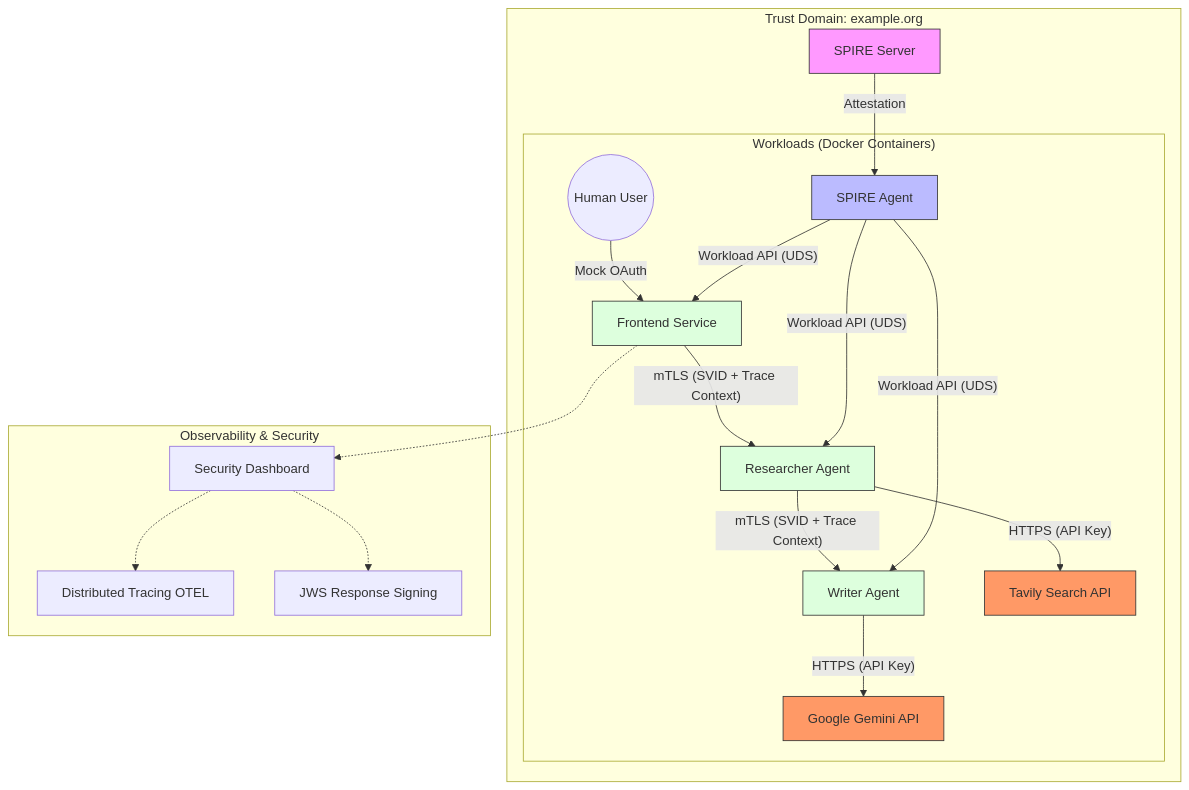
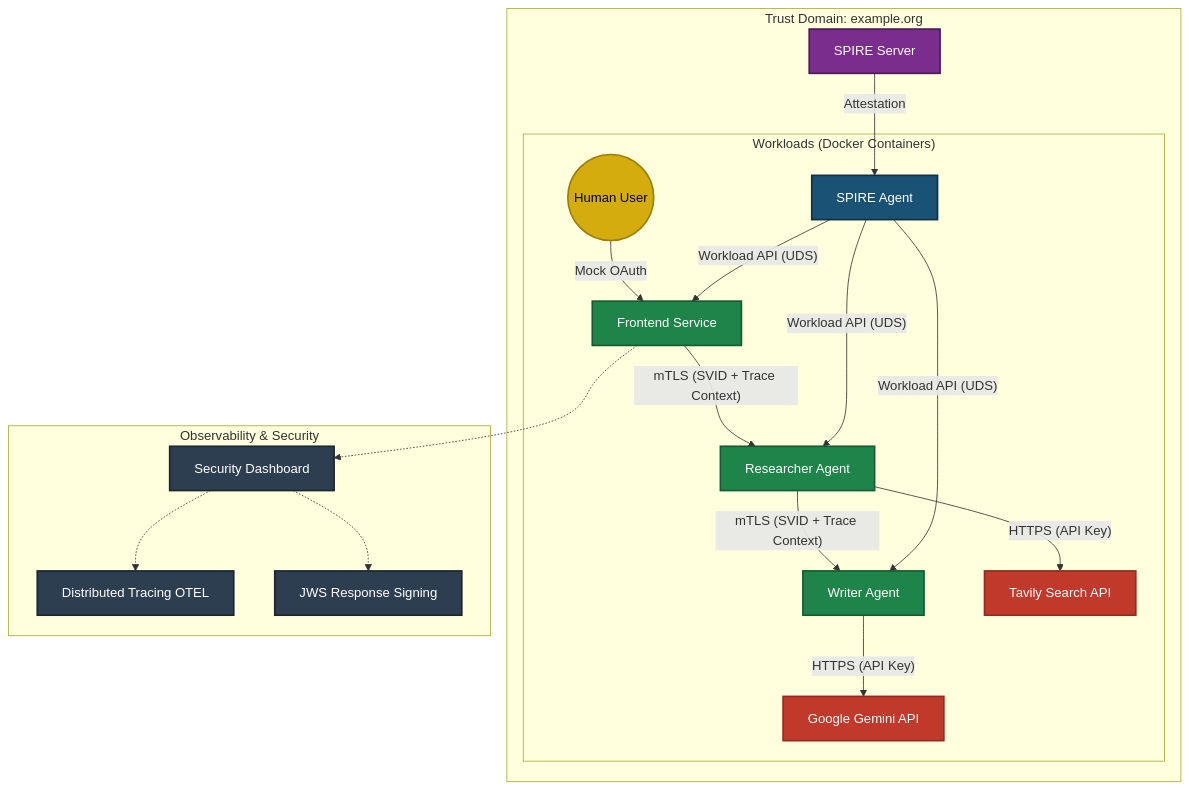
Before and after one commit to jay-chetty-ai/zero-trust-agent-mesh: the diagram in SYSTEM.md, drawn with Mermaid.

Commit message:
Update SYSTEM.md
The architecture diagram is now more readable.

````diff
--- a/SYSTEM.md
+++ b/SYSTEM.md
@@ -10,34 +10,38 @@
 ```mermaid
 graph TD
     subgraph "Trust Domain: example.org"
         SS[SPIRE Server] -- Attestation --> SA[SPIRE Agent]
         
         subgraph "Workloads (Docker Containers)"
             User((Human User)) -- Mock OAuth --> UI[Frontend Service]
             
             UI -- mTLS (SVID + Trace Context) --> RA[Researcher Agent]
             RA -- mTLS (SVID + Trace Context) --> WA[Writer Agent]
             
             WA -- HTTPS (API Key) --> Gemini[Google Gemini API]
             RA -- HTTPS (API Key) --> Tavily[Tavily Search API]
             
             SA -- Workload API (UDS) --> UI
             SA -- Workload API (UDS) --> RA
             SA -- Workload API (UDS) --> WA
         end
     end
     
     subgraph "Observability & Security"
         UI -.-> Dashboard[Security Dashboard]
         Dashboard -.-> Tracing[Distributed Tracing OTEL]
         Dashboard -.-> JWS[JWS Response Signing]
     end
     
-    style SS fill:#f9f,stroke:#333
-    style SA fill:#bbf,stroke:#333
-    style UI fill:#dfd,stroke:#333
-    style RA fill:#dfd,stroke:#333
-    style WA fill:#dfd,stroke:#333
-    style Gemini fill:#f96,stroke:#333
-    style Tavily fill:#f96,stroke:#333
+    style SS fill:#7B2D8E,stroke:#4A1A54,stroke-width:2px,color:#FFFFFF
+    style SA fill:#1A5276,stroke:#0E2F44,stroke-width:2px,color:#FFFFFF
+    style UI fill:#1E8449,stroke:#145A32,stroke-width:2px,color:#FFFFFF
+    style RA fill:#1E8449,stroke:#145A32,stroke-width:2px,color:#FFFFFF
+    style WA fill:#1E8449,stroke:#145A32,stroke-width:2px,color:#FFFFFF
+    style Gemini fill:#C0392B,stroke:#922B21,stroke-width:2px,color:#FFFFFF
+    style Tavily fill:#C0392B,stroke:#922B21,stroke-width:2px,color:#FFFFFF
+    style Dashboard fill:#2C3E50,stroke:#1A252F,stroke-width:2px,color:#FFFFFF
+    style Tracing fill:#2C3E50,stroke:#1A252F,stroke-width:2px,color:#FFFFFF
+    style JWS fill:#2C3E50,stroke:#1A252F,stroke-width:2px,color:#FFFFFF
+    style User fill:#D4AC0D,stroke:#9A7D0A,stroke-width:2px,color:#000000
 ```
````
